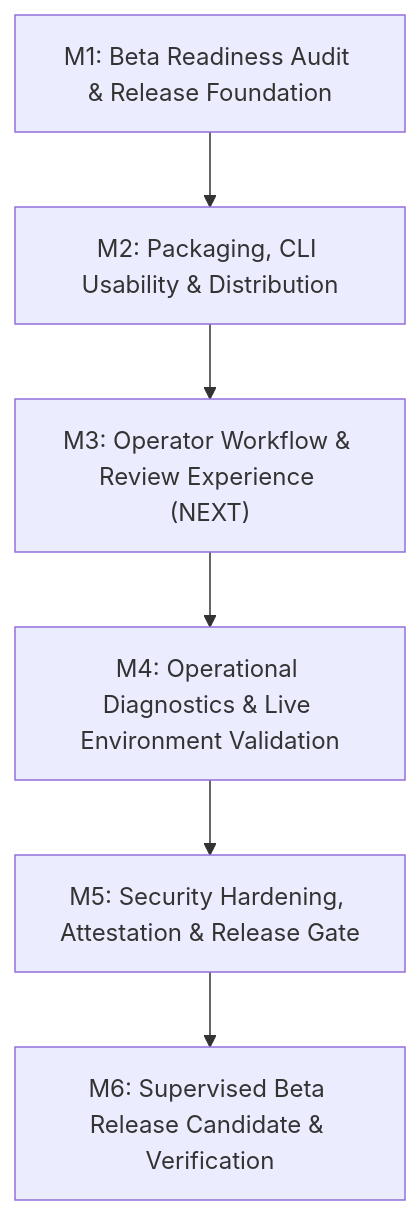
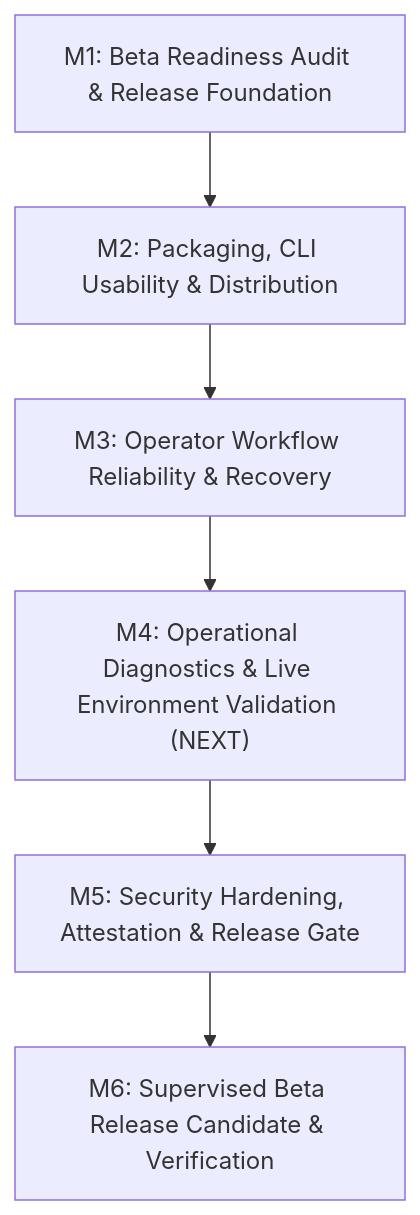
Before and after one commit to thisisanimesh01/FORGE: the diagram in docs/specs/phase-6-roadmap.md, drawn with Mermaid. The commit also changed other lines of this file and 8 other files, not shown here.

Commit message:
feat(workflow): implement operator workflow reliability, recovery, and inspection for phase 6 beta

````diff
--- a/docs/specs/phase-6-roadmap.md
+++ b/docs/specs/phase-6-roadmap.md
@@ -32,8 +32,8 @@
 ```mermaid
 flowchart TD
     M1["M1: Beta Readiness Audit & Release Foundation"] --> M2["M2: Packaging, CLI Usability & Distribution"]
-    M2 --> M3["M3: Operator Workflow & Review Experience (NEXT)"]
-    M3 --> M4["M4: Operational Diagnostics & Live Environment Validation"]
+    M2 --> M3["M3: Operator Workflow Reliability & Recovery"]
+    M3 --> M4["M4: Operational Diagnostics & Live Environment Validation (NEXT)"]
     M4 --> M5["M5: Security Hardening, Attestation & Release Gate"]
     M5 --> M6["M6: Supervised Beta Release Candidate & Verification"]
 ```
````
